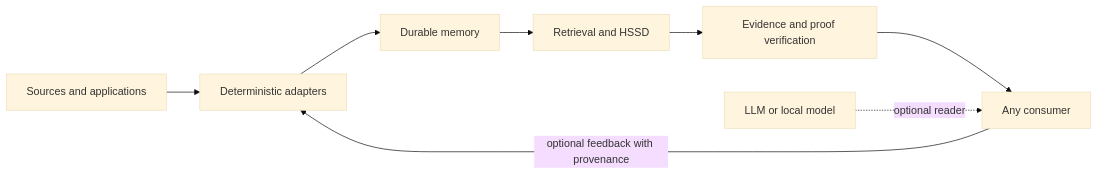
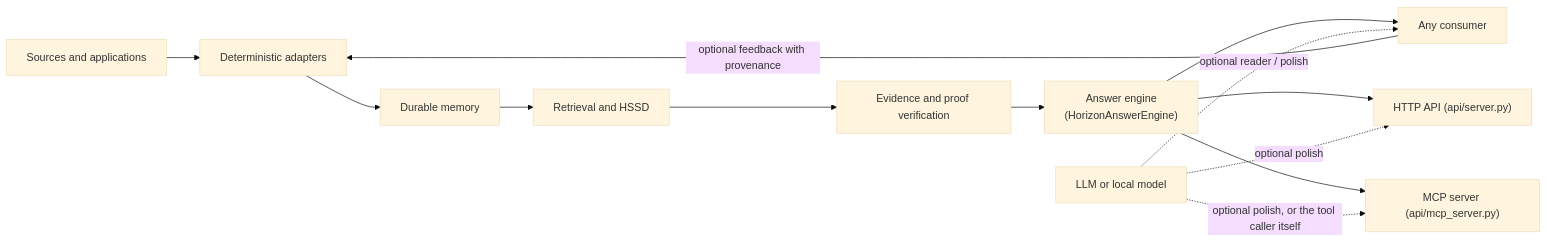
Before and after one commit to kyuubyN/ProofRay: the diagram in docs/ARCHITECTURE.md, drawn with Mermaid (base theme). The commit also changed other lines of this file and 1 other file, not shown here.

````diff
--- a/docs/ARCHITECTURE.md
+++ b/docs/ARCHITECTURE.md
@@ -6,10 +6,15 @@
 ```mermaid
 flowchart LR
     S["Sources and applications"] --> A["Deterministic adapters"]
     A --> D["Durable memory"]
     D --> R["Retrieval and HSSD"]
     R --> P["Evidence and proof verification"]
-    P --> C["Any consumer"]
+    P --> E["Answer engine\n(HorizonAnswerEngine)"]
+    E --> C["Any consumer"]
+    E --> H["HTTP API (api/server.py)"]
+    E --> M["MCP server (api/mcp_server.py)"]
     C -->|"optional feedback with provenance"| A
-    X["LLM or local model"] -. "optional reader" .-> C
+    X["LLM or local model"] -. "optional reader / polish" .-> C
+    X -. "optional polish" .-> H
+    X -. "optional polish, or the tool caller itself" .-> M
 ```
````
